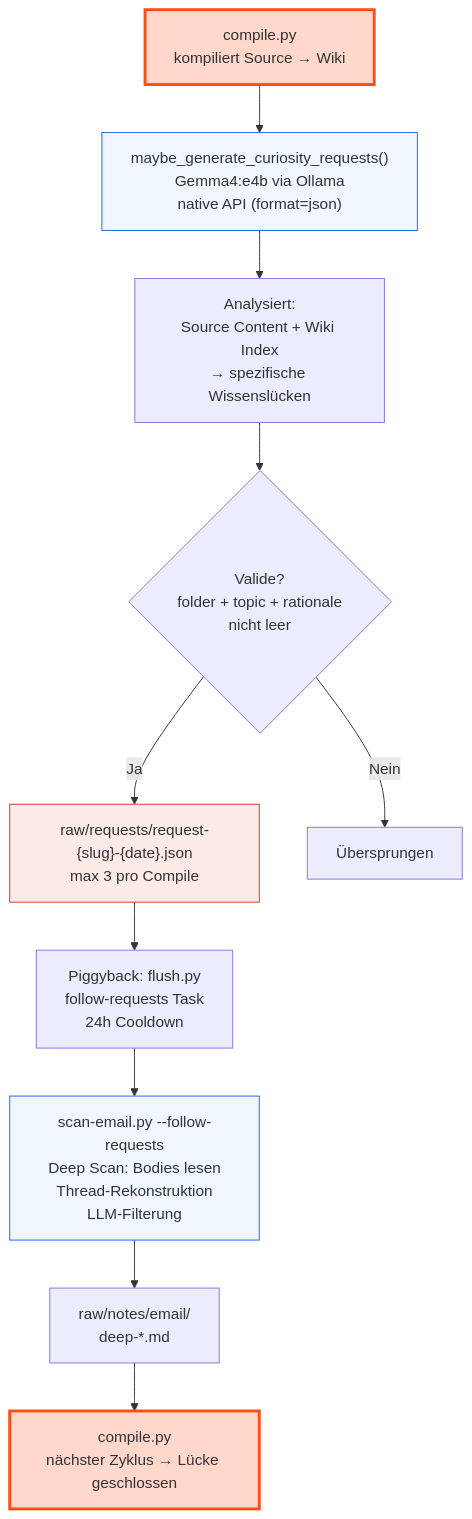
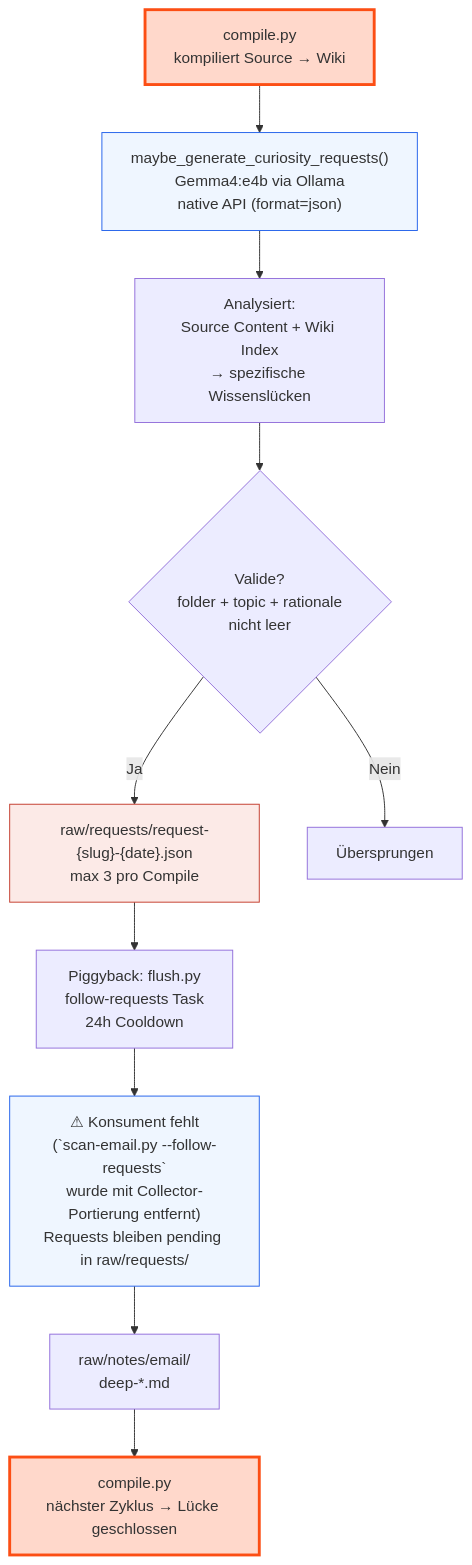
The sixth of 11 diagrams in docs/PROCESS.md (lx-0/llm-wiki), drawn with Mermaid before and after one commit. The commit also changed other lines of this file and 1 other file, not shown here.

````diff
--- a/docs/PROCESS.md
+++ b/docs/PROCESS.md
@@ -537,19 +538,19 @@
 ```mermaid
 flowchart TD
     COMPILE["compile.py\nkompiliert Source → Wiki"]
     COMPILE --> CURIOSITY["maybe_generate_curiosity_requests()\nGemma4:e4b via Ollama\nnative API (format=json)"]
     CURIOSITY --> ANALYZE["Analysiert:\nSource Content + Wiki Index\n→ spezifische Wissenslücken"]
     ANALYZE --> FILTER{"Valide?\nfolder + topic + rationale\nnicht leer"}
     FILTER -->|Ja| REQ["raw/requests/request-{slug}-{date}.json\nmax 3 pro Compile"]
     FILTER -->|Nein| SKIP["Übersprungen"]
     REQ --> PIGGY["Piggyback: flush.py\nfollow-requests Task\n24h Cooldown"]
-    PIGGY --> DEEP["scan-email.py --follow-requests\nDeep Scan: Bodies lesen\nThread-Rekonstruktion\nLLM-Filterung"]
+    PIGGY --> DEEP["⚠ Konsument fehlt\n(`scan-email.py --follow-requests`\nwurde mit Collector-Portierung entfernt)\nRequests bleiben pending in raw/requests/"]
     DEEP --> RAW["raw/notes/email/\ndeep-*.md"]
     RAW --> COMPILE2["compile.py\nnächster Zyklus → Lücke geschlossen"]
 
     style COMPILE fill:#FFD8CB,stroke:#FC4E14,stroke-width:3px
     style CURIOSITY fill:#EFF6FF,stroke:#2563EB
     style REQ fill:#FCEAE7,stroke:#C43D2E
     style DEEP fill:#EFF6FF,stroke:#2563EB
     style COMPILE2 fill:#FFD8CB,stroke:#FC4E14,stroke-width:3px
 ```
````
